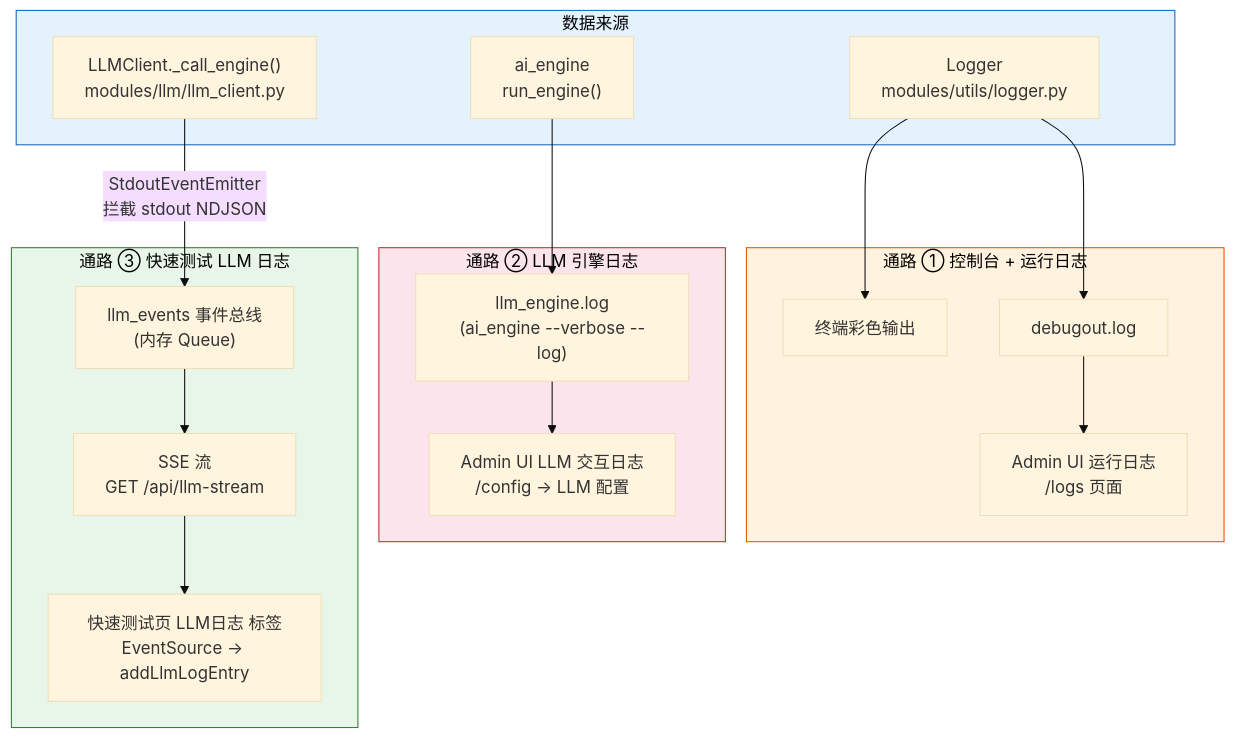
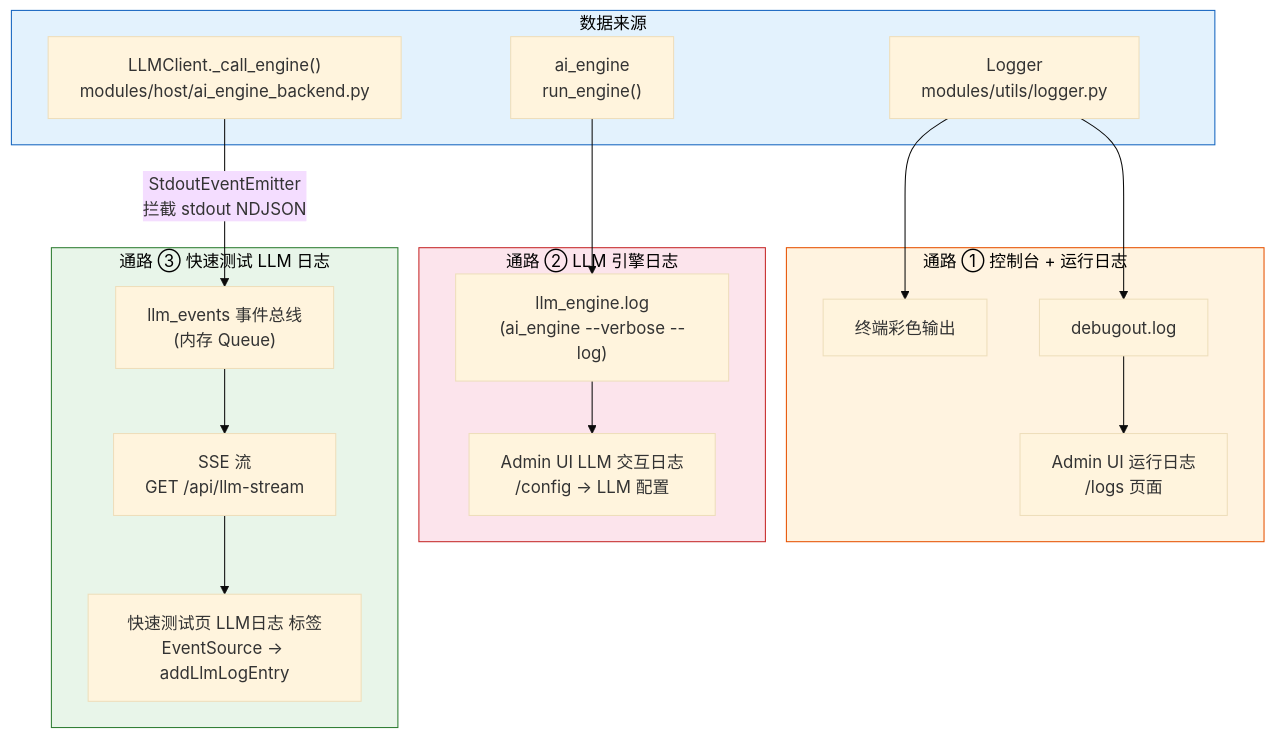
Diagram 15 of 16 in doc/design.md (jimmylang74/Helix), drawn with Mermaid (base theme) before and after one commit. The commit also changed other lines of this file and 38 other files, not shown here.

````diff
--- a/doc/design.md
+++ b/doc/design.md
@@ -1012,41 +1012,41 @@
 ```mermaid
 graph TB
     subgraph Source["数据来源"]
         Logger["Logger<br/>modules/utils/logger.py"]
         AIEngine["ai_engine<br/>run_engine()"]
-        LLMClient["LLMClient._call_engine()<br/>modules/llm/llm_client.py"]
+        LLMClient["LLMClient._call_engine()<br/>modules/host/ai_engine_backend.py"]
     end
 
     subgraph Sink1["通路 ① 控制台 + 运行日志"]
         Console["终端彩色输出"]
         DebugLog["debugout.log"]
         RunLogUI["Admin UI 运行日志<br/>/logs 页面"]
     end
 
     subgraph Sink2["通路 ② LLM 引擎日志"]
         EngineLog["llm_engine.log<br/>(ai_engine --verbose --log)"]
         LlmLogUI["Admin UI LLM 交互日志<br/>/config → LLM 配置"]
     end
 
     subgraph Sink3["通路 ③ 快速测试 LLM 日志"]
         EventBus["llm_events 事件总线<br/>(内存 Queue)"]
         SSE["SSE 流<br/>GET /api/llm-stream"]
         QtLogUI["快速测试页 LLM日志 标签<br/>EventSource → addLlmLogEntry"]
     end
 
     Logger --> Console
     Logger --> DebugLog
     DebugLog --> RunLogUI
 
     AIEngine --> EngineLog
     EngineLog --> LlmLogUI
 
     LLMClient -->|"StdoutEventEmitter<br/>拦截 stdout NDJSON"| EventBus
     EventBus --> SSE
     SSE --> QtLogUI
 
     style Source fill:#e3f2fd,stroke:#1565c0,color:#000
     style Sink1 fill:#fff3e0,stroke:#e65100,color:#000
     style Sink2 fill:#fce4ec,stroke:#c62828,color:#000
     style Sink3 fill:#e8f5e9,stroke:#2e7d32,color:#000
 ```
````
